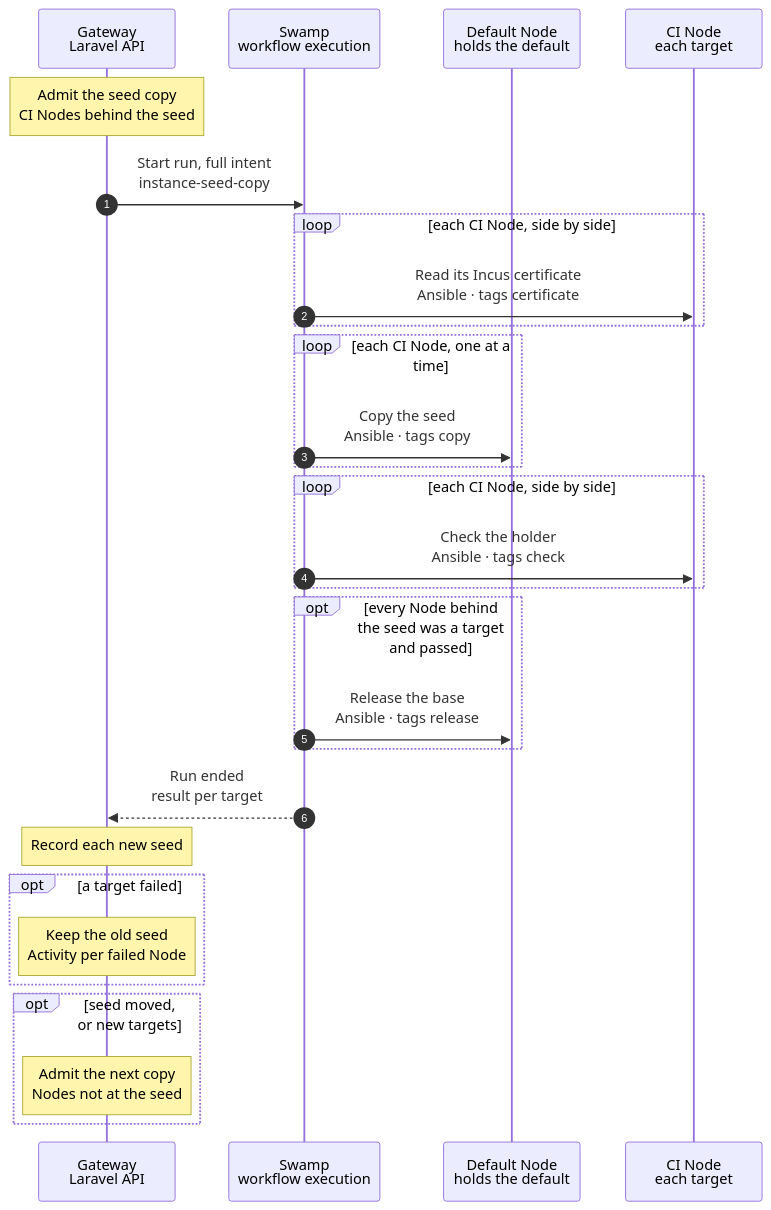
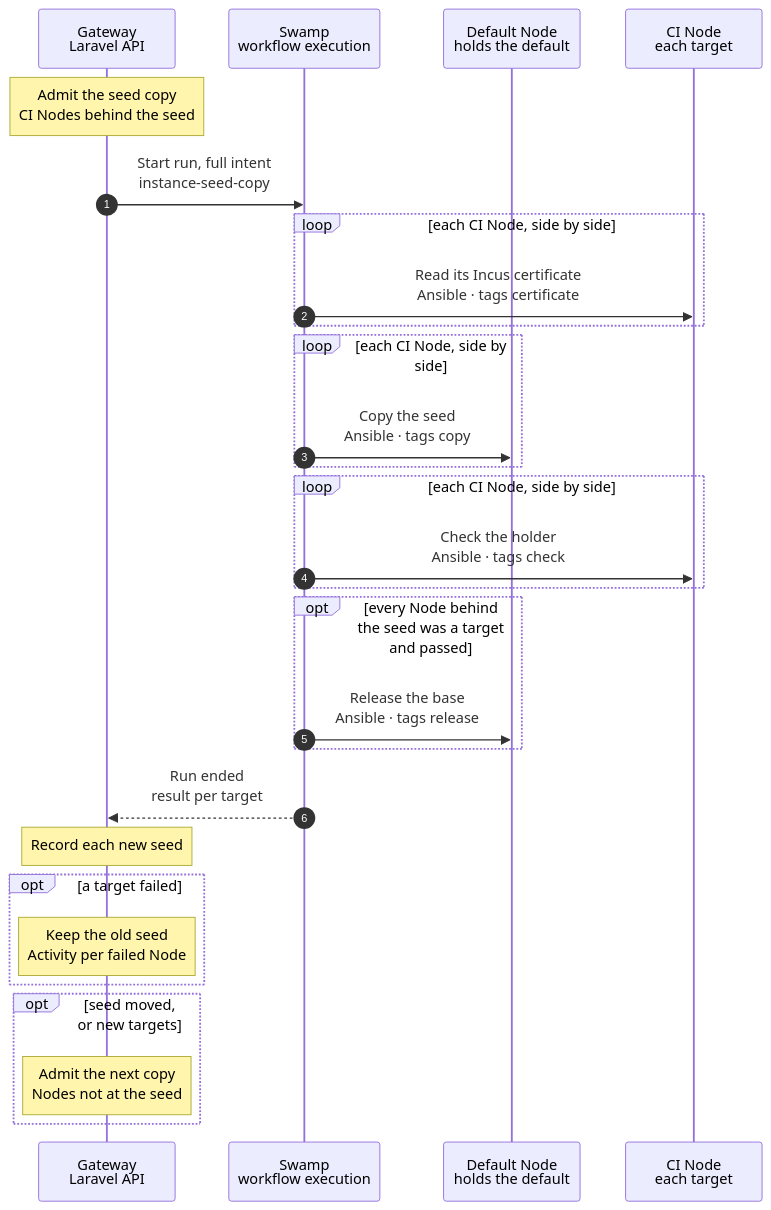
One commit to hardimpactdev/orbit changed the diagram in docs/cli/instance/seed-copy.mmd. Above: the diagram before and after it, drawn with Mermaid. The commit also changed 12 other files, not shown here.

First line of the commit message:
fix(seed-copy): push to every CI Node side by side and pause the receiving Node's runners

```diff
--- a/docs/cli/instance/seed-copy.mmd
+++ b/docs/cli/instance/seed-copy.mmd
@@ -1,105 +1,111 @@
 sequenceDiagram
   %% Target design, ADR 0260 build step 4 (docs/reference/development-containers.md#the-seed-on-each-ci-node): each Node that offers proof places, other than the default's own Node, keeps its own seed of the proof Project's default. One run per seed of the default sends the seed to every CI Node whose seed is behind; each target may fail alone.
   %% Decided by the main orchestrator (2026-11-16): Incus moves the seed, `incus copy --refresh --mode=push` from the default's Node to each CI Node over WireGuard. Push mode needs a listener on the target only, so the default's Node gets a client remote and no daemon change. Each CI Node listens on its WireGuard address and trusts the default Node's client certificate for `orbit-instances-nested` only (docs/reference/node-provisioning.md#the-seed-listener). `--refresh` sends only the snapshots that changed. Rejected: one seed that every copy fetches over the network at its start (ADR 0260), a seed Instance per CI Node that refreshes its own fleet, and a ZFS stream through the Swamp worker with bookmarks of Orbit's own.
   %% status: draft
   %% command: none · after the proof default records a seed, or a CI Node's ci-runner add, role converge or node converge passes
   %% kind: instance.seed_copy
   autonumber
   %% lane GW icon=gateway pill=intent tone=blue
   %% lane SW icon=workflow pill=executes tone=green
   %% lane N icon=server pill=target tone=amber
   %% lane C icon=server pill=target tone=purple
   participant GW as Gateway<br/>Laravel API
   participant SW as Swamp<br/>workflow execution
   participant N as Default Node<br/>holds the default
   participant C as CI Node<br/>each target
   Note over GW: Admit the seed copy<br/>CI Nodes behind the seed
   %%> Started by:
   %%> - the proof default records a new seed: the refresh after a release, or an `instance:deploy` of the default
   %%> - a `ci-runner` add or role converge of a Node that offers proof places passes, or a `node:converge` of such a Node whose roles phase passed: a Node behind the seed catches up after any passed converge
   %%> - a seed copy ends, only when the default's seed moved during it (all Nodes behind the new seed), or for Nodes that no seed copy has tried at the same seed (a Node that became a target while the copy held the lock, or one that the run's target limit left out)
   %%> Never started by:
   %%> - the end of a copy for a Node that any seed copy has tried at the same seed: it waits for the next seed or for a passed converge of a CI Node (that admission takes every Node behind the seed), so lasting failures do not repeat, also not two Nodes for each other
   %%> Requirements:
   %%> - the proof Project's default is active and has a seed; a seed is its commit and the time the default took it
   %%> - targets: every Node that offers proof places (`ci-runner`, CI places, with or without `app-dev`), other than the default's Node, whose recorded seed is not that seed (docs/reference/node-provisioning.md#proof-copies-on-a-ci-node), and whose seed listener is ready: its `nodes.seed_sender_id` names the default's Node; with none, nothing is admitted
   %%> - every run that changes the listener records `seed_sender_id` by one rule: a `ci-runner` add, role converge or removal, and a `node:converge` with the role; a passed add or role converge sets the sender, a `node:converge` whose roles phase passed keeps only the sender it already names, and any other end clears it (docs/reference/node-provisioning.md#the-seed-listener)
   %%> - when the default moves to another Node, no CI Node is a target until its `ci-runner` role is converged again
   %%> Not a target:
   %%> - a Node whose listener is not ready: no copy fails on it and no copy marks it tried; its next passed `ci-runner` converge makes it a target
   %%> - one copy at a time: an open copy holds the default's seed hold, `operation.target_busy`
   %%> - while a deployment of the default holds the seed or waits for it: the admission is refused, `instance.seed_held`, and the deployment's end admits it again (the seed moved or the Nodes are still behind); so a copy that ends while a deployment waits admits no next copy, and the deployment gets the hold next
   %%> The seed hold (one rule for one resource, docs/reference/development-containers.md#the-seed-hold):
   %%> - one hold key per default, `instance_seed:DEFAULT_ID`: the seed copy takes it as its Operation lock at admission and keeps it to its end, so every push of the run sends a seed that no retake deletes or renames
   %%> - a deployment of the default asks the Gateway for the seed before its first `seed` phase and keeps it to its end; it waits while a seed copy is open (see container/deploy-default.mmd)
-  %%> - a Node past the run's target limit: the copies run one target at a time, so the run budget grows with the targets and must fit in the Swamp serve run cap; the limit is the number of copy steps that fit beside the fixed phases (`ProofSeeds::maxTargets`), and the end of the run admits the Nodes it left out; a `ci-runner` add or converge names its own Node, and the limit keeps that Node, because the end of a run admits no Node that a copy tried at the seed
+  %%> - a Node past the run's target limit: the copies share the default Node's uplink, so the run budget grows with the targets and must fit in the Swamp serve run cap; the limit is the number of copy steps that fit beside the fixed phases (`ProofSeeds::maxTargets`), and the end of the run admits the Nodes it left out; a `ci-runner` add or converge names its own Node, and the limit keeps that Node, because the end of a run admits no Node that a copy tried at the seed
   %%> Result:
   %%> - a task is recorded with the full intent: the default's Node, container and inner volume, per target its Node and WireGuard address, and `release_base` when the run's targets are all the Nodes behind the seed
   %%> - the run budget is captured: the fixed phases plus one copy step bound per target (`ProofSeeds::budgetSeconds`)
   GW->>SW: Start run, full intent<br/>instance-seed-copy
   loop each CI Node, side by side
     SW->>C: Read its Incus certificate<br/>Ansible · tags certificate
     %%> What it does:
     %%> - reads the Incus server certificate of the CI Node and checks that the Node listens on its WireGuard address
     %%> On failure:
     %%> - no listener: this target fails; a `ci-runner` converge of the Node adds the listener and the trust
     %%> - the Node is unreachable: this target fails with the SSH error as its detail, in this phase and in each later one; the copy and the check do nothing for a target that failed
     %%> - the Node goes away in the middle of this phase: the phase leaves no certificate and no result, so the copy step fails the target as `The certificate phase ended without a result` and does nothing else for it; a copy that ends the same way leaves no `copied-ID` mark, so the check step fails the target as `The copy phase ended without a result` and checks no holder, which may hold a seed of the same name from an earlier copy
   end
-  loop each CI Node, one at a time
+  loop each CI Node, side by side
     SW->>N: Copy the seed<br/>Ansible · tags copy
     %%> What it does:
+    %%> - pauses the CI Node's runners: a timer on the CI Node that releases the pause after 600 s, then the runner hold script `orbit-ci-runner-hold hold proof-seed 0`, which stops every idle runner; busy runners finish their job (docs/reference/node-provisioning.md#proof-places-on-a-ci-node)
     %%> - adds the client remote `proof-node-ID` of root when it is missing, and refuses when the certificate that root's client stored for it is not the one read on the CI Node
     %%> - names the base: when the default holds a `base-COMMIT` pair and the holder holds `seed-COMMIT`, renames the holder's pair to `base-COMMIT` through the remote; a rename keeps the creation time, so both sides share that snapshot
     %%> - `incus storage volume copy` of the inner volume to `proof-seed-inner` with `--refresh --mode=push`, then `incus copy DEFAULT proof-node-ID:proof-seed` with the same flags, in `orbit-instances-nested`
     %%> Why push:
     %%> - the source server sends the data and only the target listens, so the default's Node needs no listener and no daemon change
     %%> Why refresh:
     %%> - Incus compares the snapshots on both sides by name and creation time and sends only the newer ones, from the newest shared one; the holder gets `seed-COMMIT` natively; the first copy to a Node sends the whole pair
     %%> Why a base:
     %%> - a retake deletes or renames the old `seed-COMMIT`, so without the default's `base-COMMIT` no snapshot is shared and the refresh sends the whole pair; the retake keeps it while a ready CI Node records that seed (`ProofSeeds`)
     %%> Why the whole instance:
     %%> - a snapshot source carries no snapshots, so a refresh from it could not find a common one
-    %%> Why one at a time:
-    %%> - each push takes a snapshot of the default's mounted inner volume, and Incus freezes its file system (`fsfreeze`) for that snapshot; a second freeze of a frozen file system fails with `Device or resource busy`, so two copies side by side can fail a target
+    %%> Why side by side:
+    %%> - one push of an incremental seed takes about 30 s; one after the other, the run took the sum, and a slow target delayed the next
+    %%> - each push of the default's mounted inner volume freezes its file system (`fsfreeze`) and thaws it at once, before it sends anything; a freeze while the other push holds its own fails with `Failed freezing filesystem`, so the copy tries only that push again, up to five times, 2 s apart
+    %%> Why the pause:
+    %%> - a CI job on the CI Node writes to the same ZFS pool as the receive; Shark's receive of about 800 MB took 130 s beside the merge queue's fixtures and about 26 s without them (Operations 29716, 29515)
+    %%> - only new jobs wait: they run on the other runners of the pool or start when the pause ends
     %%> On failure:
-    %%> - this target fails with `instance.seed_copy_failed`; the next target's copy still runs
+    %%> - this target fails with `instance.seed_copy_failed`; the other targets' copies still run
+    %%> - the CI Node's runners resume after the push, also after a failed one; when the run dies, the timer resumes them; a CI Node without the hold script, or a pause that fails, receives without it
   end
   loop each CI Node, side by side
     SW->>C: Check the holder<br/>Ansible · tags check
     %%> What it does:
     %%> - the holder `proof-seed` has the snapshot `seed-COMMIT` that the run was admitted for, and its volume has the snapshot of the same name
     %%> - the holder's config and devices match the default's, as the start guard checks them; the volume has exactly the inner volume's keys
   end
   opt every Node behind the seed was a target and passed
     SW->>N: Release the base<br/>Ansible · tags release
     %%> When:
     %%> - the intent's `release_base`: the run's targets are all the Nodes behind the default's seed (`ProofSeeds`); every target passed; the default still holds a snapshot with the name the run was admitted for (by name only: after a retake at the same commit during the run, the base that the retake kept goes too)
     %%> What it does:
     %%> - deletes every `base-` pair of the default; the holders drop it at their next refresh
     %%> On failure:
     %%> - no target's result changes; the next retake deletes the base
   end
   SW-->>GW: Run ended<br/>result per target
   %%> How the Gateway learns it:
   %%> - its shared run reader sees the terminal event; Swamp never calls the Gateway
   Note over GW: Record each new seed
   %%> Result:
   %%> - each Node whose target passed records the seed it was admitted for: its commit and its time; it offers proof places again
   %%> - a proof copy on that Node clones `proof-seed/seed-COMMIT` with the clone step of every copy
   opt a target failed
     Note over GW: Keep the old seed<br/>Activity per failed Node
     %%> Result:
     %%> - the failed Node keeps its recorded seed and offers no proof places until a copy passes; copies made earlier keep running
     %%> - the Activity row `instance.seed_copy_failed` names the Node, the Operation and the detail
     %%> - the release and the default are unchanged; the next seed or a passed converge of a CI Node copies again, and a rerun is safe
   end
   opt seed moved, or new targets
     Note over GW: Admit the next copy<br/>Nodes not at the seed
     %%> When:
     %%> - the default took a newer seed while the copy ran: every Node behind it is a target
     %%> - the seed is the same, and a Node that no seed copy has tried at this seed is behind it: only such Nodes are targets; the Gateway reads which Nodes were tried from the targets of the recorded `instance.seed_copy` Operations of that seed
     %%> Not:
     %%> - while a deployment of the default waits for the seed hold or holds it (`instance.seed_held`): the deployment goes first, and its end admits the copy
     %%> - for a Node that failed at the same seed
   end
```
